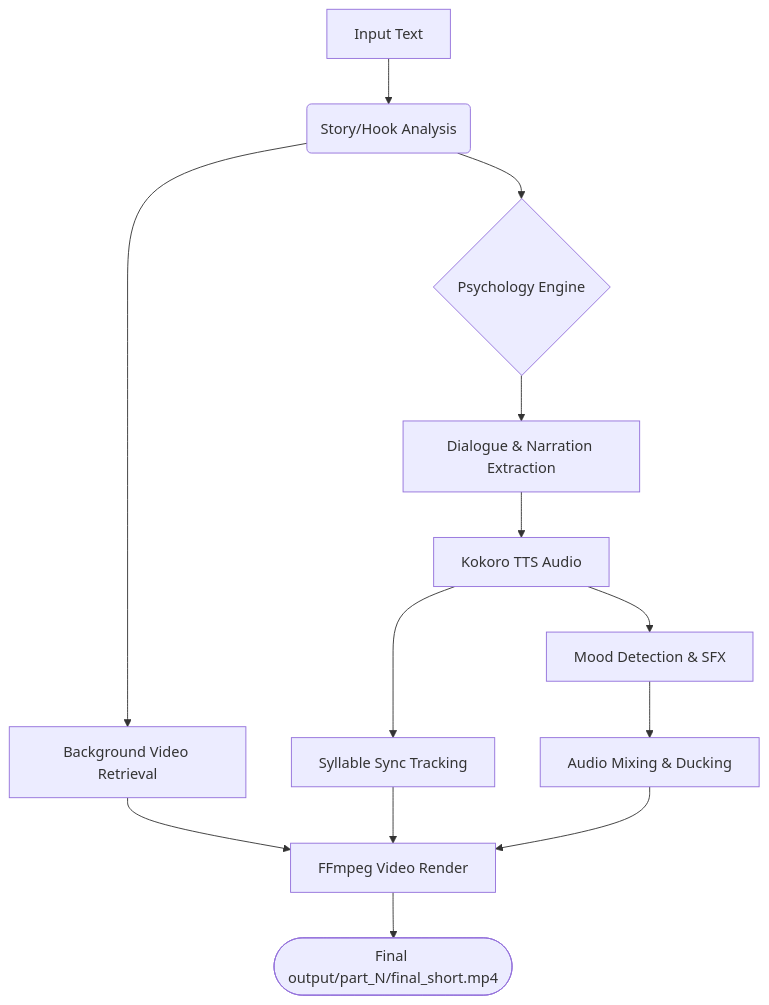
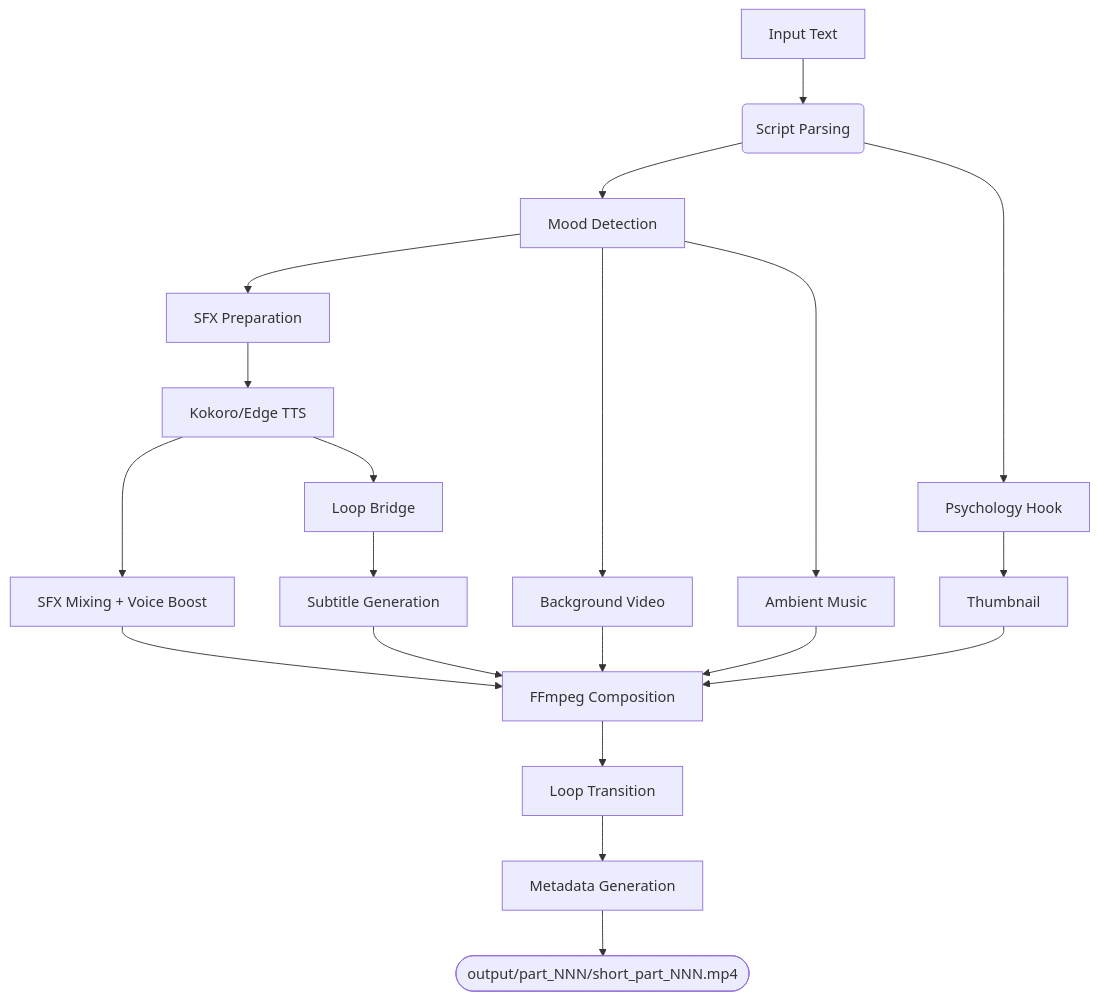
The diagram in README.md (MiteshSakhare/YT_Short_Mitesh), drawn with Mermaid before and after one commit. The commit also changed other lines of this file and 202 other files, not shown here.

````diff
--- a/README.md
+++ b/README.md
@@ -99,15 +92,22 @@
 ```mermaid
 graph TD
-    A[Input Text] --> B(Story/Hook Analysis)
-    B --> C{Psychology Engine}
-    C --> D[Dialogue & Narration Extraction]
-    D --> E[Kokoro TTS Audio]
-    E --> F[Mood Detection & SFX]
-    B --> G[Background Video Retrieval]
-    E --> H[Syllable Sync Tracking]
-    F --> I[Audio Mixing & Ducking]
-    G --> J[FFmpeg Video Render]
-    H --> J
-    I --> J
-    J --> K([Final output/part_N/final_short.mp4])
+    A[Input Text] --> B(Script Parsing)
+    B --> C[Mood Detection]
+    C --> D[SFX Preparation]
+    D --> E[Kokoro/Edge TTS]
+    E --> F[SFX Mixing + Voice Boost]
+    E --> G[Loop Bridge]
+    G --> H[Subtitle Generation]
+    C --> I[Background Video]
+    B --> J[Psychology Hook]
+    J --> K[Thumbnail]
+    C --> L[Ambient Music]
+    H --> M[FFmpeg Composition]
+    I --> M
+    F --> M
+    L --> M
+    K --> M
+    M --> N[Loop Transition]
+    N --> O[Metadata Generation]
+    O --> P([output/part_NNN/short_part_NNN.mp4])
 ```
````
